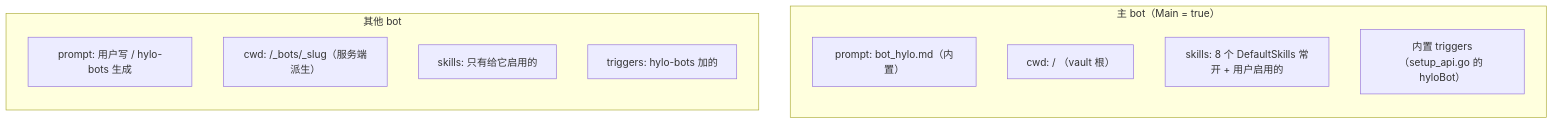
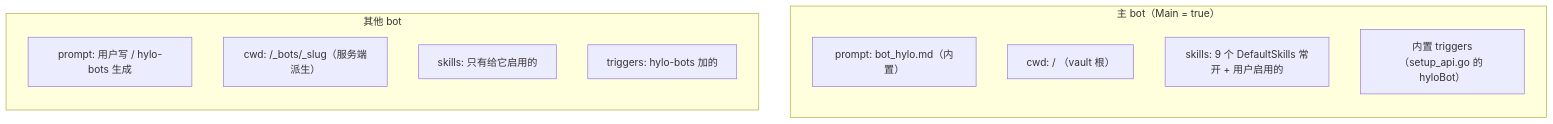
The second of 6 diagrams in docs/prompt-skills-architecture.md (skoowoo/hylo), drawn with Mermaid before and after one commit. The commit also changed other lines of this file and 57 other files, not shown here.

````diff
--- a/docs/prompt-skills-architecture.md
+++ b/docs/prompt-skills-architecture.md
@@ -96,17 +96,17 @@
 ```mermaid
 flowchart TB
     subgraph Main["主 bot（Main = true）"]
         direction TB
         MP["prompt: bot_hylo.md（内置）"]
         MC["cwd: / （vault 根）"]
-        MS["skills: 8 个 DefaultSkills 常开 + 用户启用的"]
+        MS["skills: 9 个 DefaultSkills 常开 + 用户启用的"]
         MT["内置 triggers（setup_api.go 的 hyloBot）"]
     end
     subgraph Other["其他 bot"]
         direction TB
         OP["prompt: 用户写 / hylo-bots 生成"]
         OC["cwd: /_bots/_slug（服务端派生）"]
         OS["skills: 只有给它启用的"]
         OT["triggers: hylo-bots 加的"]
     end
 ```
````
